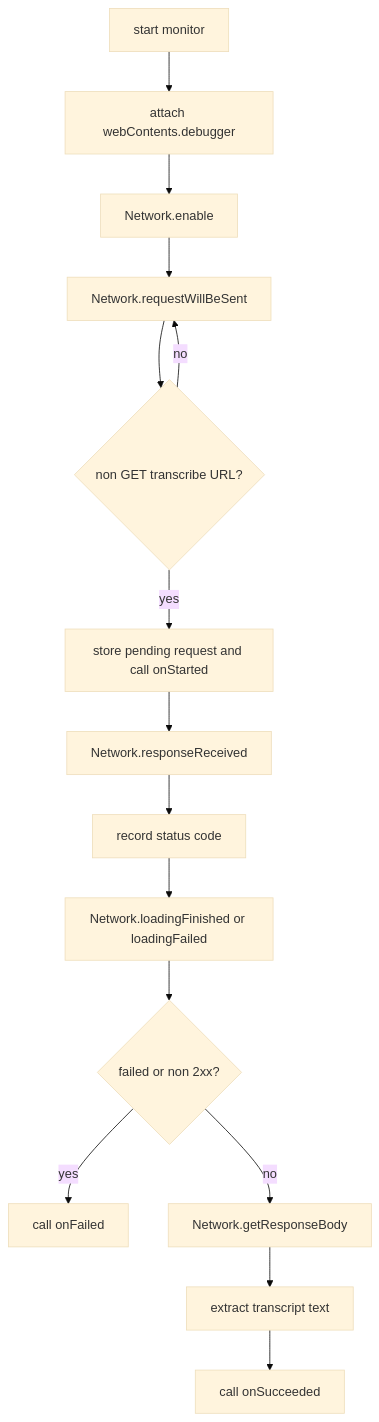
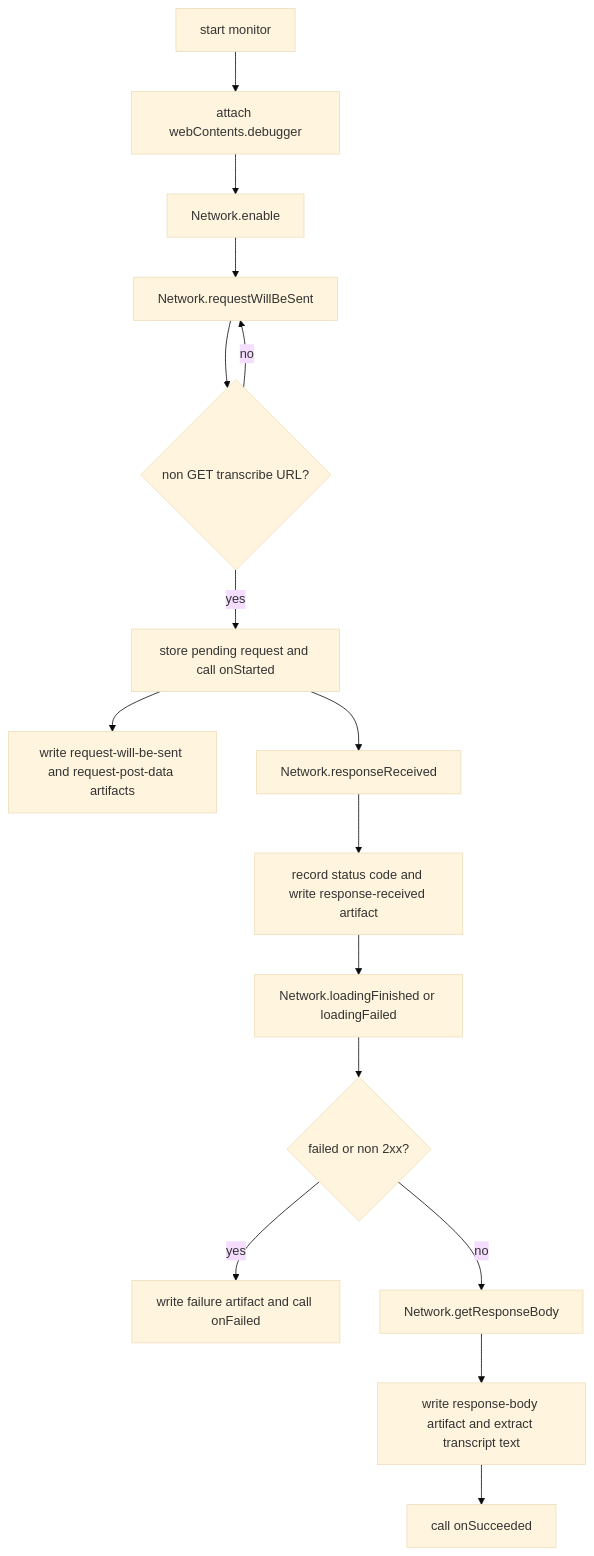
One commit to AKAazure/Dandelion changed the first of 2 diagrams in .doc/modules/chatgpt-transcribe-monitor.md. Above: the diagram before and after it, drawn with Mermaid (base theme). The commit also changed other lines of this file and 9 other files, not shown here.

````diff
--- a/.doc/modules/chatgpt-transcribe-monitor.md
+++ b/.doc/modules/chatgpt-transcribe-monitor.md
@@ -54,17 +56,18 @@
 ```mermaid
 flowchart TD
   A[start monitor] --> B[attach webContents.debugger]
   B --> C[Network.enable]
   C --> D[Network.requestWillBeSent]
   D --> E{non GET transcribe URL?}
   E -- no --> D
   E -- yes --> F[store pending request and call onStarted]
+  F --> F2[write request-will-be-sent and request-post-data artifacts]
   F --> G[Network.responseReceived]
-  G --> H[record status code]
+  G --> H[record status code and write response-received artifact]
   H --> I[Network.loadingFinished or loadingFailed]
   I --> J{failed or non 2xx?}
-  J -- yes --> K[call onFailed]
+  J -- yes --> K[write failure artifact and call onFailed]
   J -- no --> L[Network.getResponseBody]
-  L --> M[extract transcript text]
+  L --> M[write response-body artifact and extract transcript text]
   M --> N[call onSucceeded]
 ```
````
